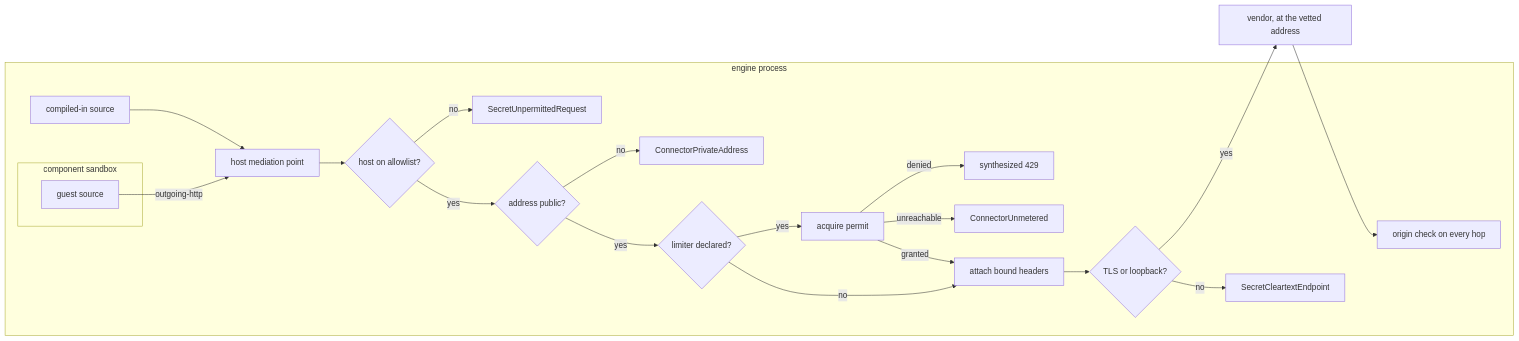
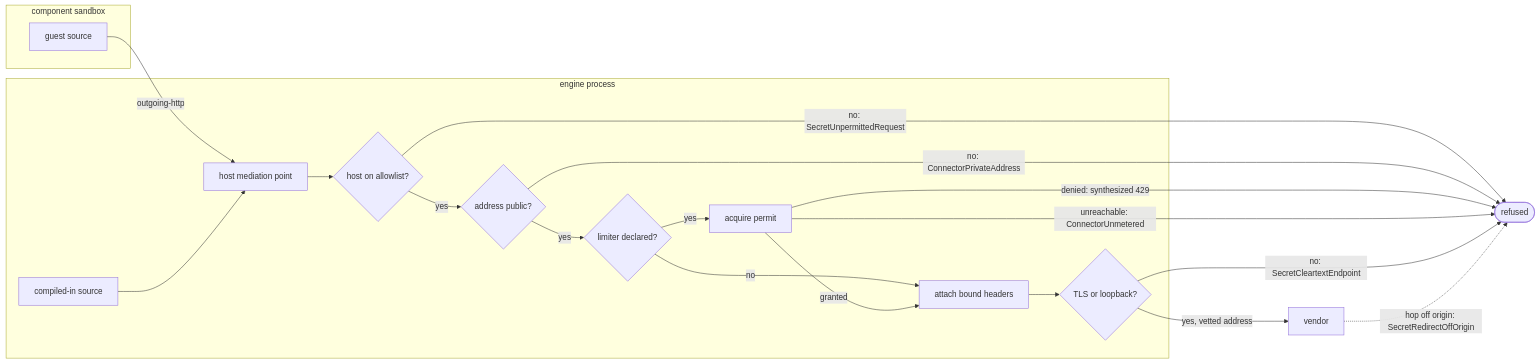
One commit to fractalboxdev/contextful changed the fifth of 5 diagrams in spec/40-connector.md. Above: the diagram before and after it, drawn with Mermaid. The commit also changed other lines of this file and 24 other files, not shown here.

First line of the commit message:
spec: every flowchart draws one entity or process per node

````diff
--- a/spec/40-connector.md
+++ b/spec/40-connector.md
@@ -466,39 +466,34 @@
 ```mermaid
 flowchart LR
+  subgraph SANDBOX["component sandbox"]
+    G["guest source"]
+  end
   subgraph ENGINE["engine process"]
-    subgraph SANDBOX["component sandbox"]
-      G["guest source"]
-    end
     N["compiled-in source"]
     M["host mediation point"]
     A{"host on allowlist?"}
-    R1["SecretUnpermittedRequest"]
     D{"address public?"}
-    R0["ConnectorPrivateAddress"]
     L{"limiter declared?"}
     Q["acquire permit"]
-    R2["synthesized 429"]
-    R3["ConnectorUnmetered"]
     H["attach bound headers"]
     S{"TLS or loopback?"}
-    R4["SecretCleartextEndpoint"]
-    P["origin check on every hop"]
   end
-  V["vendor, at the vetted address"]
+  X(["refused"])
+  V["vendor"]
   G -->|outgoing-http| M
   N --> M
   M --> A
-  A -->|no| R1
+  A -->|"no: SecretUnpermittedRequest"| X
   A -->|yes| D
-  D -->|no| R0
+  D -->|"no: ConnectorPrivateAddress"| X
   D -->|yes| L
   L -->|no| H
   L -->|yes| Q
-  Q -->|denied| R2
-  Q -->|unreachable| R3
+  Q -->|"denied: synthesized 429"| X
+  Q -->|"unreachable: ConnectorUnmetered"| X
   Q -->|granted| H
   H --> S
-  S -->|no| R4
-  S -->|yes| V
-  V --> P
+  S -->|"no: SecretCleartextEndpoint"| X
+  S -->|"yes, vetted address"| V
+  V -.->|"hop off origin: SecretRedirectOffOrigin"| X
 ```
````
